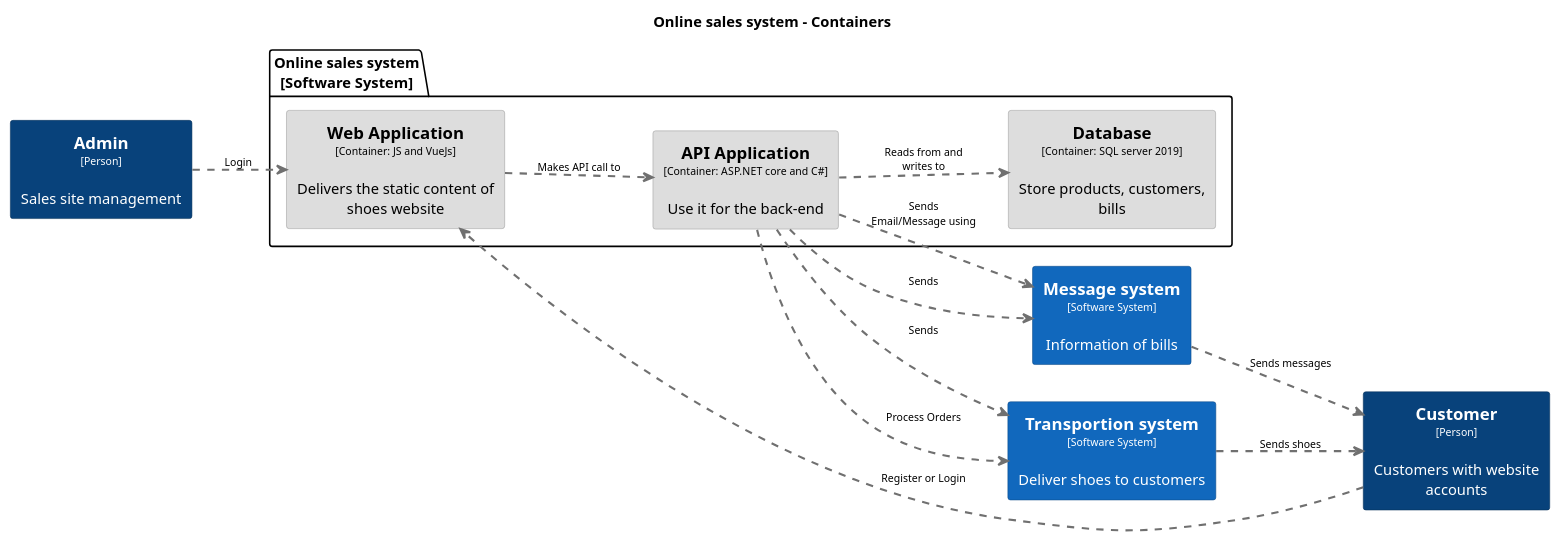
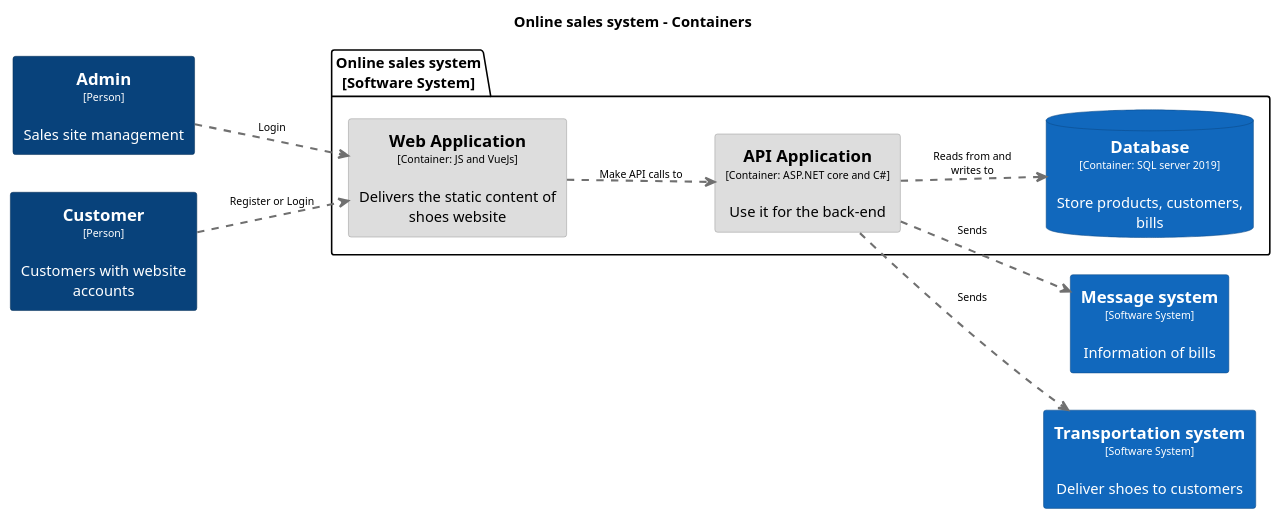
One commit to lantrannk/phan-tich-thiet-ke-oop changed the diagram in export/Onlinesalessystem-Container.puml. Above: the diagram before and after it, drawn with PlantUML. The commit also changed 3 other files, not shown here.

```diff
--- a/export/Onlinesalessystem-Container.puml
+++ b/export/Onlinesalessystem-Container.puml
@@ -1,67 +1,63 @@
 @startuml(id=Onlinesalessystem-Container)
 title Online sales system - Containers
 
 skinparam {
   shadowing false
   arrowFontSize 10
   defaultTextAlignment center
   wrapWidth 200
   maxMessageSize 100
 }
 hide stereotype
 left to right direction
-skinparam rectangle<<12>> {
-  BackgroundColor #dddddd
-  FontColor #000000
-  BorderColor #9a9a9a
+skinparam rectangle<<45>> {
+  BackgroundColor #1168bd
+  FontColor #ffffff
+  BorderColor #0b4884
 }
 skinparam rectangle<<1>> {
   BackgroundColor #08427b
   FontColor #ffffff
   BorderColor #052e56
 }
-skinparam rectangle<<13>> {
-  BackgroundColor #dddddd
-  FontColor #000000
-  BorderColor #9a9a9a
+skinparam database<<35>> {
+  BackgroundColor #1168bd
+  FontColor #ffffff
+  BorderColor #0b4884
 }
 skinparam rectangle<<2>> {
   BackgroundColor #08427b
   FontColor #ffffff
   BorderColor #052e56
 }
-skinparam rectangle<<3>> {
+skinparam rectangle<<4>> {
+  BackgroundColor #dddddd
+  FontColor #000000
+  BorderColor #9a9a9a
+}
+skinparam rectangle<<9>> {
+  BackgroundColor #dddddd
+  FontColor #000000
+  BorderColor #9a9a9a
+}
+skinparam rectangle<<41>> {
   BackgroundColor #1168bd
   FontColor #ffffff
   BorderColor #0b4884
 }
-skinparam rectangle<<4>> {
-  BackgroundColor #1168bd
-  FontColor #ffffff
-  BorderColor #0b4884
-}
-skinparam rectangle<<7>> {
-  BackgroundColor #dddddd
-  FontColor #000000
-  BorderColor #9a9a9a
-}
 rectangle "==Admin\n<size:10>[Person]</size>\n\nSales site management" <<2>> as 2
 rectangle "==Customer\n<size:10>[Person]</size>\n\nCustomers with website accounts" <<1>> as 1
-rectangle "==Message system\n<size:10>[Software System]</size>\n\nInformation of bills" <<4>> as 4
-rectangle "==Transportion system\n<size:10>[Software System]</size>\n\nDeliver shoes to customers" <<3>> as 3
+rectangle "==Message system\n<size:10>[Software System]</size>\n\nInformation of bills" <<45>> as 45
+rectangle "==Transportation system\n<size:10>[Software System]</size>\n\nDeliver shoes to customers" <<41>> as 41
 package "Online sales system\n[Software System]" {
-  rectangle "==API Application\n<size:10>[Container: ASP.NET core and C#]</size>\n\nUse it for the back-end" <<13>> as 13
-  rectangle "==Database\n<size:10>[Container: SQL server 2019]</size>\n\nStore products, customers, bills" <<12>> as 12
-  rectangle "==Web Application\n<size:10>[Container: JS and VueJs]</size>\n\nDelivers the static content of shoes website" <<7>> as 7
+  rectangle "==API Application\n<size:10>[Container: ASP.NET core and C#]</size>\n\nUse it for the back-end" <<9>> as 9
+  database "==Database\n<size:10>[Container: SQL server 2019]</size>\n\nStore products, customers, bills" <<35>> as 35
+  rectangle "==Web Application\n<size:10>[Container: JS and VueJs]</size>\n\nDelivers the static content of shoes website" <<4>> as 4
 }
-13 .[#707070,thickness=2].> 12 : "Reads from and writes to"
-13 .[#707070,thickness=2].> 4 : "Sends Email/Message using"
-13 .[#707070,thickness=2].> 4 : "Sends"
-13 .[#707070,thickness=2].> 3 : "Sends"
-13 .[#707070,thickness=2].> 3 : "Process Orders"
-2 .[#707070,thickness=2].> 7 : "Login"
-1 .[#707070,thickness=2].> 7 : "Register or Login"
-4 .[#707070,thickness=2].> 1 : "Sends messages"
-3 .[#707070,thickness=2].> 1 : "Sends shoes"
-7 .[#707070,thickness=2].> 13 : "Makes API call to"
+9 .[#707070,thickness=2].> 35 : "Reads from and writes to"
+9 .[#707070,thickness=2].> 45 : "Sends"
+9 .[#707070,thickness=2].> 41 : "Sends"
+2 .[#707070,thickness=2].> 4 : "Login"
+1 .[#707070,thickness=2].> 4 : "Register or Login"
+4 .[#707070,thickness=2].> 9 : "Make API calls to"
 @enduml
```
